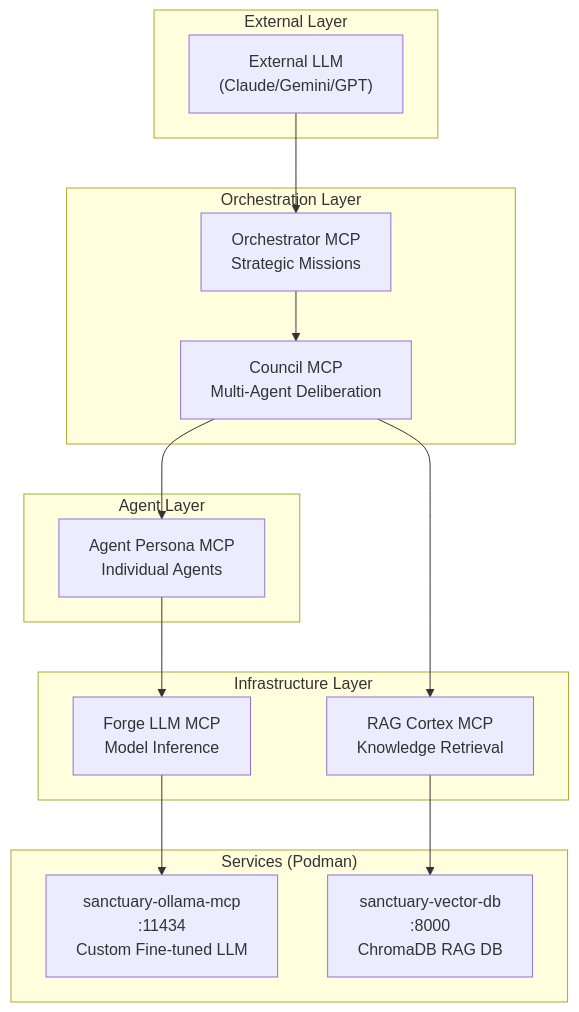
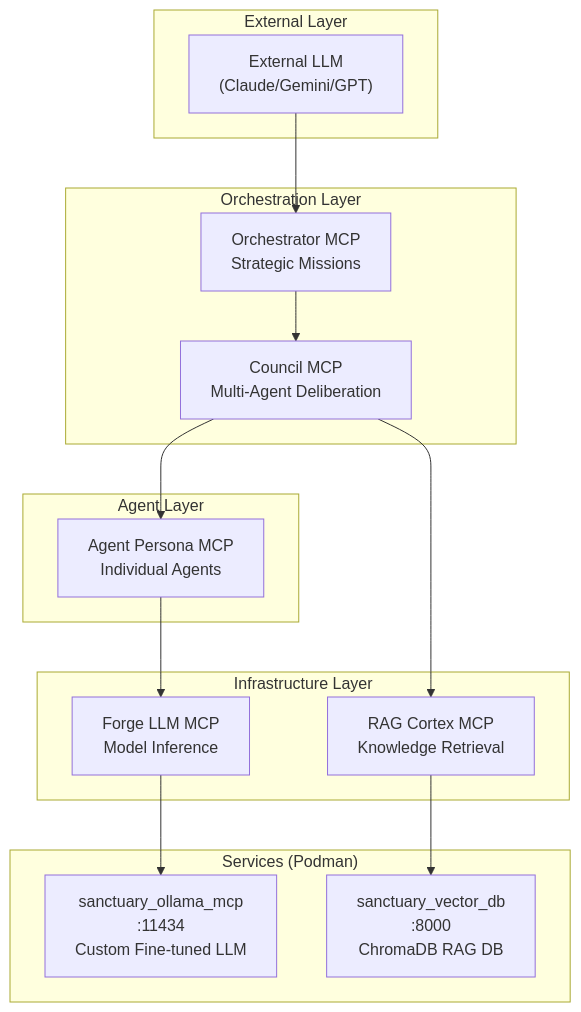
One commit to richfrem/Project_Sanctuary changed the first of 2 diagrams in 01_PROTOCOLS/121_Canonical_Knowledge_Synthesis_Loop.md. Above: the diagram before and after it, drawn with Mermaid. The commit also changed 274 other files, not shown here.

````diff
--- a/01_PROTOCOLS/121_Canonical_Knowledge_Synthesis_Loop.md
+++ b/01_PROTOCOLS/121_Canonical_Knowledge_Synthesis_Loop.md
@@ -44,33 +44,33 @@
 ```mermaid
 graph TB
     subgraph "External Layer"
         LLM["External LLM<br/>(Claude/Gemini/GPT)"]
     end
     
     subgraph "Orchestration Layer"
         ORCH["Orchestrator MCP<br/>Strategic Missions"]
         COUNCIL["Council MCP<br/>Multi-Agent Deliberation"]
     end
     
     subgraph "Agent Layer"
         PERSONA["Agent Persona MCP<br/>Individual Agents"]
     end
     
     subgraph "Infrastructure Layer"
         FORGE["Forge LLM MCP<br/>Model Inference"]
         CORTEX["RAG Cortex MCP<br/>Knowledge Retrieval"]
     end
     
     subgraph "Services (Podman)"
-        OLLAMA["sanctuary-ollama-mcp<br/>:11434<br/>Custom Fine-tuned LLM"]
-        CHROMA["sanctuary-vector-db<br/>:8000<br/>ChromaDB RAG DB"]
+        OLLAMA["sanctuary_ollama_mcp<br/>:11434<br/>Custom Fine-tuned LLM"]
+        CHROMA["sanctuary_vector_db<br/>:8000<br/>ChromaDB RAG DB"]
     end
     
     LLM --> ORCH
     ORCH --> COUNCIL
     COUNCIL --> PERSONA
     COUNCIL --> CORTEX
     PERSONA --> FORGE
     FORGE --> OLLAMA
     CORTEX --> CHROMA
 ```
````
